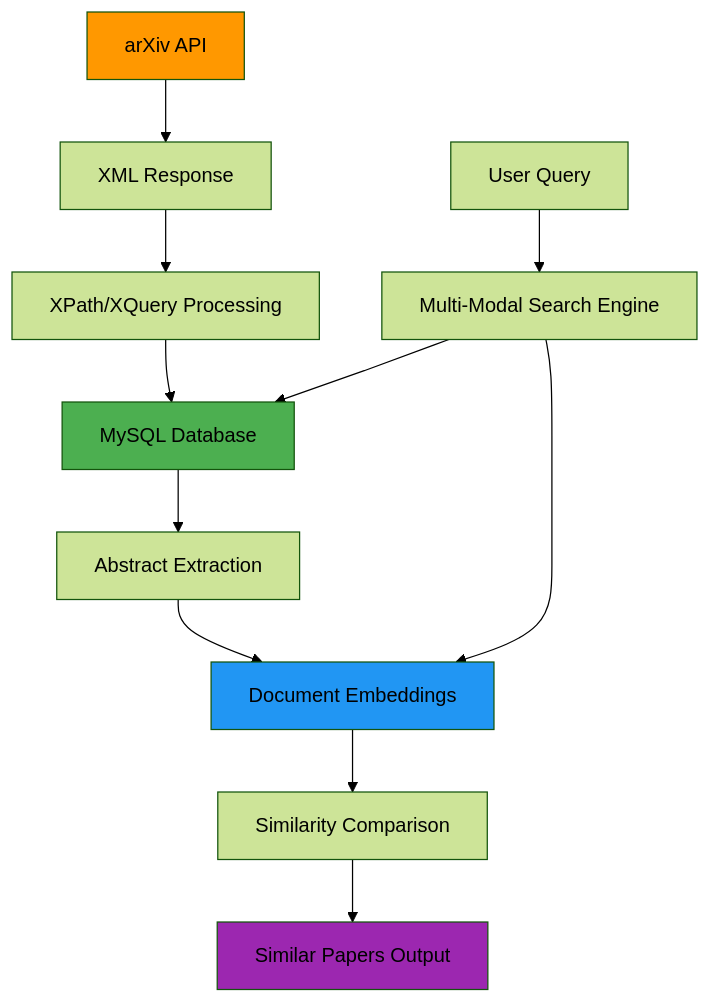
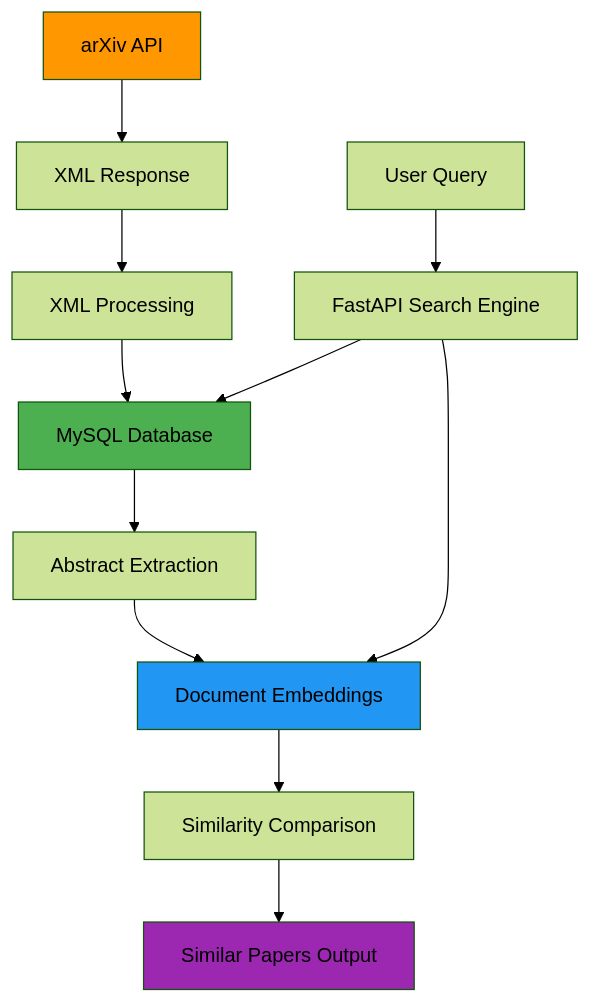
The diagram in README.md (Viresh26/Text_Technology), drawn with Mermaid (forest theme) before and after one commit. The commit also changed other lines of this file, not shown here.

`````diff
--- a/README.md
+++ b/README.md
@@ -40,19 +39,19 @@
 ```mermaid
 graph TD
     A[arXiv API] --> B[XML Response]
-    B --> C[XPath/XQuery Processing]
+    B --> C[XML Processing]
     C --> D[MySQL Database]
     D --> E[Abstract Extraction]
     E --> F[Document Embeddings]
     F --> G[Similarity Comparison]
     G --> H[Similar Papers Output]
 
-    I[User Query] --> J[Multi-Modal Search Engine]
+    I[User Query] --> J[FastAPI Search Engine]
     J --> D
     J --> F
 
     style A fill:#ff9800
     style D fill:#4caf50
     style F fill:#2196f3
     style H fill:#9c27b0
-````
+```
`````
